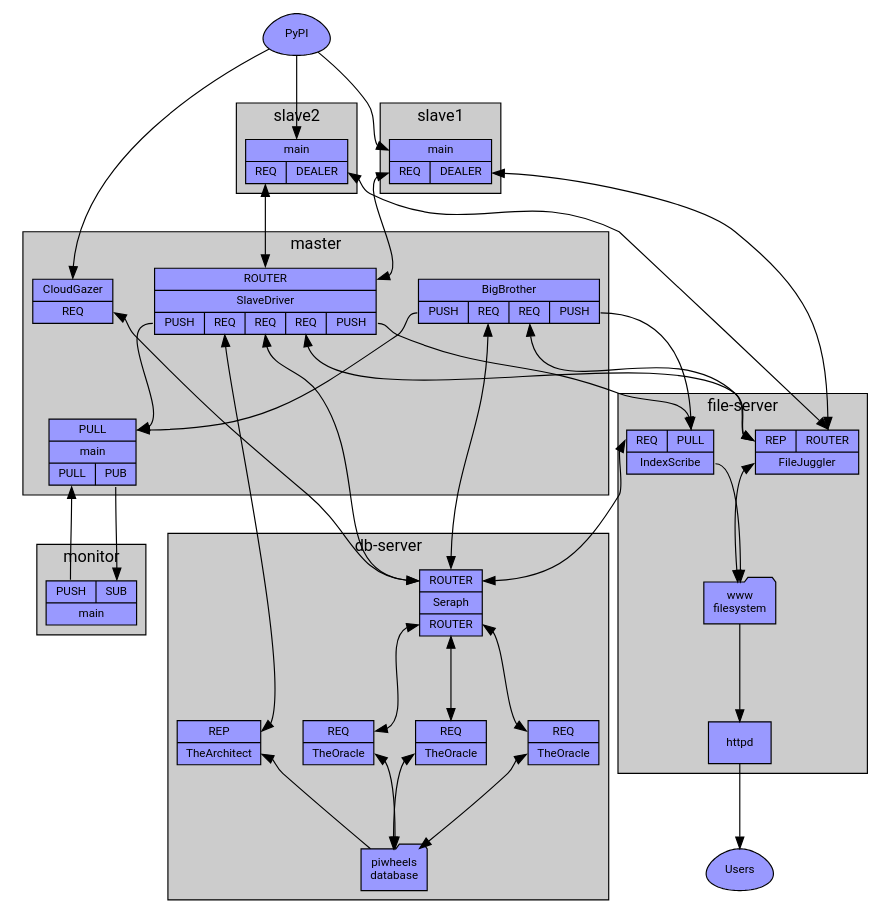
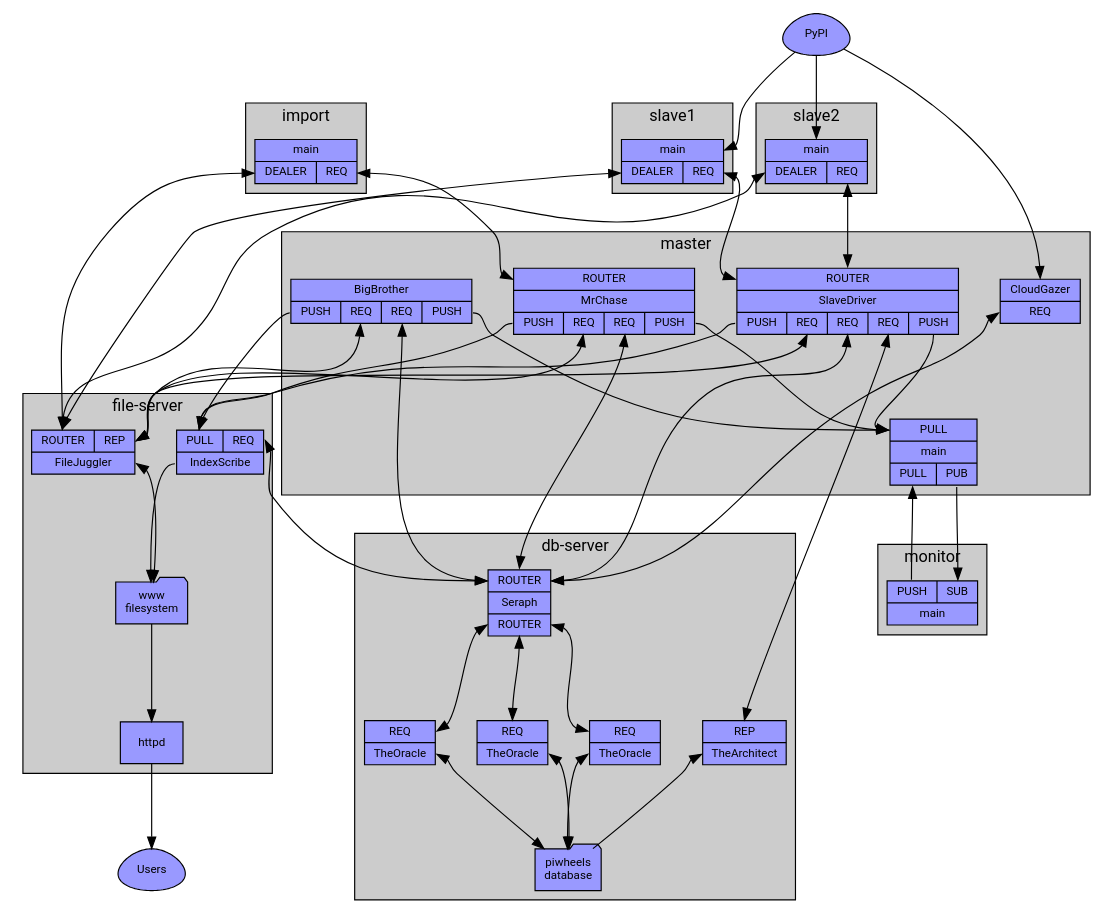
The diagram in docs/master_arch.dot (piwheels/piwheels), drawn with Graphviz before and after one commit. The commit also changed 26 other files, not shown here.

```diff
--- a/docs/master_arch.dot
+++ b/docs/master_arch.dot
@@ -1,88 +1,101 @@
 digraph piwheels {
     graph [nodesep=0.5, ranksep=1, style=filled, fontname=Roboto, fontsize=14, fillcolor="#cccccc"];
     node [shape=record, fontname=Roboto, fontsize=10, style=filled, fillcolor="#9999ff", penwidth=1];
     edge [fontname=Sans, fontsize=8];
 
     PyPI [label="PyPI", shape=egg];
     Users [label="Users", shape=egg];
 
     subgraph cluster_db_server {
         graph [label="db-server"];
 
         TheOracle1 [label="{<Seraph>REQ|<t>TheOracle}"];
         TheOracle2 [label="{<Seraph>REQ|<t>TheOracle}"];
         TheOracle3 [label="{<Seraph>REQ|<t>TheOracle}"];
         TheArchitect [label="{<builds>REP|<t>TheArchitect}"];
         Seraph [label="{<db>ROUTER|<t>Seraph|<oracle>ROUTER}"];
         db [label="piwheels\ndatabase", shape=folder];
 
         Seraph:oracle->TheOracle1:Seraph [dir=both];
         Seraph:oracle->TheOracle2:Seraph [dir=both];
         Seraph:oracle->TheOracle3:Seraph [dir=both];
         TheOracle1:t->db [dir=both];
         TheOracle2:t->db [dir=both];
         TheOracle3:t->db [dir=both];
         TheArchitect:t->db [dir=back];
     }
 
     subgraph cluster_file_server {
         graph [label="file-server"];
 
-        FileJuggler [label="{{<fs>REP|<slaves>ROUTER}|<t>FileJuggler}"];
-        IndexScribe [label="{{<db>REQ|<indexes>PULL}|<t>IndexScribe}"];
+        FileJuggler [label="{{<slaves>ROUTER|<fs>REP}|<t>FileJuggler}"];
+        IndexScribe [label="{{<indexes>PULL|<db>REQ}|<t>IndexScribe}"];
         fs [label="www\nfilesystem", shape=folder];
         httpd;
 
         IndexScribe:t->fs;
         FileJuggler:t->fs [dir=both];
         fs->httpd;
     }
 
     subgraph cluster_master {
         graph [label="master"];
 
         CloudGazer [label="{<t>CloudGazer|<db>REQ}"];
         main [label="{{<int_status>PULL}|main|{<control>PULL|<ext_status>PUB}}"];
-        BigBrother [label="{<t>BigBrother|{<int_status>PUSH|<db>REQ|<fs>REQ|<indexes>PUSH}}"];
-        SlaveDriver [label="{{<slaves>ROUTER}|<t>SlaveDriver|{<int_status>PUSH|<builds>REQ|<db>REQ|<fs>REQ|<indexes>PUSH}}"];
+        BigBrother [label="{<t>BigBrother|{<indexes>PUSH|<fs>REQ|<db>REQ|<int_status>PUSH}}"];
+        SlaveDriver [label="{{<slaves>ROUTER}|<t>SlaveDriver|{<indexes>PUSH|<fs>REQ|<db>REQ|<builds>REQ|<int_status>PUSH}}"];
+        MrChase [label="{<imports>ROUTER|<t>MrChase|{<indexes>PUSH|<fs>REQ|<db>REQ|<int_status>PUSH}}"];
 
         BigBrother:int_status->main:int_status;
         SlaveDriver:int_status->main:int_status;
+        MrChase:int_status->main:int_status;
     }
 
     subgraph cluster_monitor {
         graph [label="monitor"];
         monitor [label="{{<control>PUSH|<status>SUB}|<t>main}"];
     }
 
-    subgraph cluster_Slave1 {
+    subgraph cluster_slave1 {
         graph [label="slave1"];
-        Slave1 [label="{<t>main|{<builds>REQ|<files>DEALER}}"];
+        Slave1 [label="{<t>main|{<files>DEALER|<builds>REQ}}"];
     }
 
-    subgraph cluster_Slave2 {
+    subgraph cluster_slave2 {
         graph [label="slave2"];
-        Slave2 [label="{<t>main|{<builds>REQ|<files>DEALER}}"];
+        Slave2 [label="{<t>main|{<files>DEALER|<builds>REQ}}"];
     }
+
+    subgraph cluster_import {
+        graph [label="import"];
+        Import [label="{<t>main|{<files>DEALER|<imports>REQ}}"];
+    }
+
 
     PyPI->CloudGazer:t;
     PyPI->Slave1:t;
     PyPI->Slave2:t;
     Slave1:builds->SlaveDriver:slaves [dir=both];
     Slave2:builds->SlaveDriver:slaves [dir=both];
     Slave1:files->FileJuggler:slaves [dir=both];
     Slave2:files->FileJuggler:slaves [dir=both];
+    Import:imports->MrChase:imports [dir=both];
+    Import:files->FileJuggler:slaves [dir=both];
     main:ext_status->monitor:status;
     monitor:control->main:control;
 
     CloudGazer:db->Seraph:db [dir=both];
     BigBrother:indexes->IndexScribe:indexes;
     SlaveDriver:indexes->IndexScribe:indexes;
+    MrChase:indexes->IndexScribe:indexes;
     IndexScribe:db->Seraph:db [dir=both];
     BigBrother:db->Seraph:db [dir=both];
     BigBrother:fs->FileJuggler:fs [dir=both];
     SlaveDriver:fs->FileJuggler:fs [dir=both];
     SlaveDriver:db->Seraph:db [dir=both];
     SlaveDriver:builds->TheArchitect:builds [dir=both];
+    MrChase:fs->FileJuggler:fs [dir=both];
+    MrChase:db->Seraph:db [dir=both];
     httpd->Users;
 }
```
